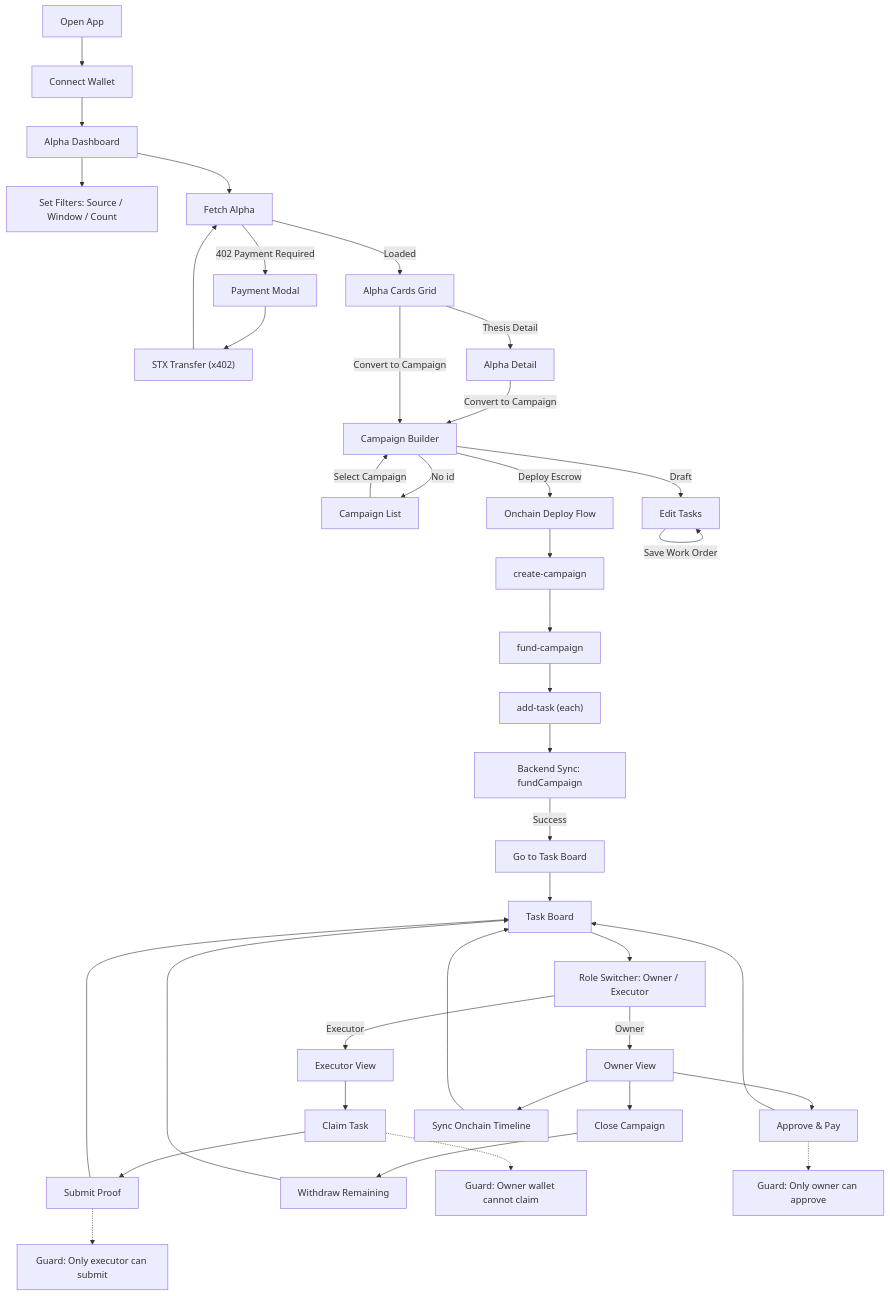
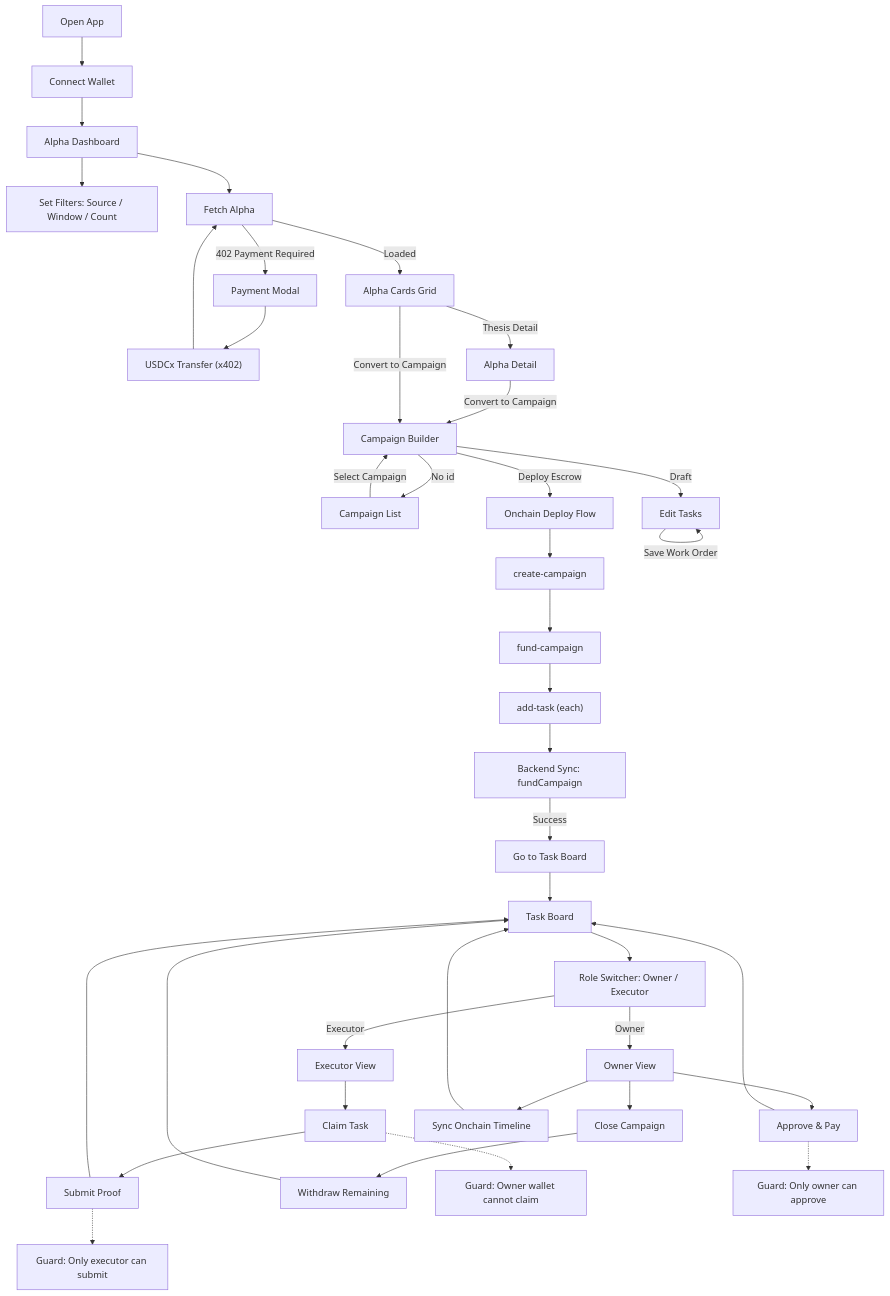
One commit to unclekaldoteth/ThesisRail changed the diagram in README.md. Above: the diagram before and after it, drawn with Mermaid. The commit also changed other lines of this file and 18 other files, not shown here.

````diff
--- a/README.md
+++ b/README.md
@@ -52,50 +52,50 @@
 ```mermaid
 flowchart TD
     A["Open App"] --> B["Connect Wallet"]
 
     B --> C["Alpha Dashboard"]
     C --> C1["Set Filters: Source / Window / Count"]
     C --> C2["Fetch Alpha"]
     C2 -->|402 Payment Required| C3["Payment Modal"]
-    C3 --> C4["STX Transfer (x402)"]
+    C3 --> C4["USDCx Transfer (x402)"]
     C4 --> C2
     C2 -->|Loaded| C5["Alpha Cards Grid"]
 
     C5 -->|Thesis Detail| D["Alpha Detail"]
     D -->|Convert to Campaign| E["Campaign Builder"]
 
     C5 -->|Convert to Campaign| E
 
     E -->|No id| E1["Campaign List"]
     E1 -->|Select Campaign| E
     E -->|Draft| E2["Edit Tasks"]
     E2 -->|Save Work Order| E2
     E -->|Deploy Escrow| F["Onchain Deploy Flow"]
 
     F --> F1["create-campaign"]
     F1 --> F2["fund-campaign"]
     F2 --> F3["add-task (each)"]
     F3 --> F4["Backend Sync: fundCampaign"]
     F4 -->|Success| G["Go to Task Board"]
 
     G --> H["Task Board"]
     H --> H1["Role Switcher: Owner / Executor"]
 
     H1 -->|Executor| I["Executor View"]
     I --> I1["Claim Task"]
     I1 --> I2["Submit Proof"]
     I2 --> H
 
     H1 -->|Owner| J["Owner View"]
     J --> J1["Approve & Pay"]
     J --> J2["Close Campaign"]
     J2 --> J3["Withdraw Remaining"]
     J --> J4["Sync Onchain Timeline"]
     J1 --> H
     J3 --> H
     J4 --> H
 
     I1 -.-> K["Guard: Owner wallet cannot claim"]
     I2 -.-> L["Guard: Only executor can submit"]
     J1 -.-> M["Guard: Only owner can approve"]
 ```
````
